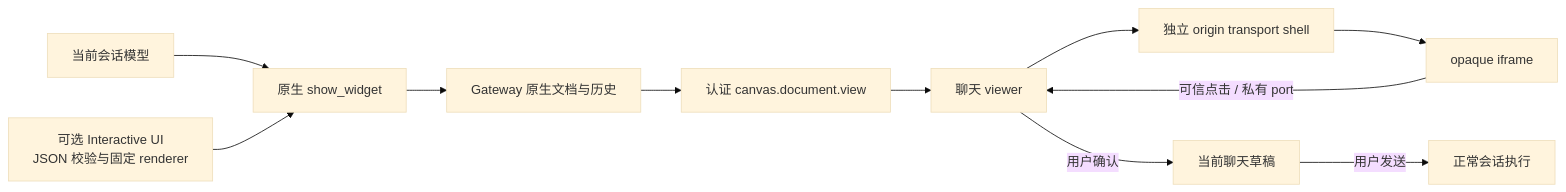
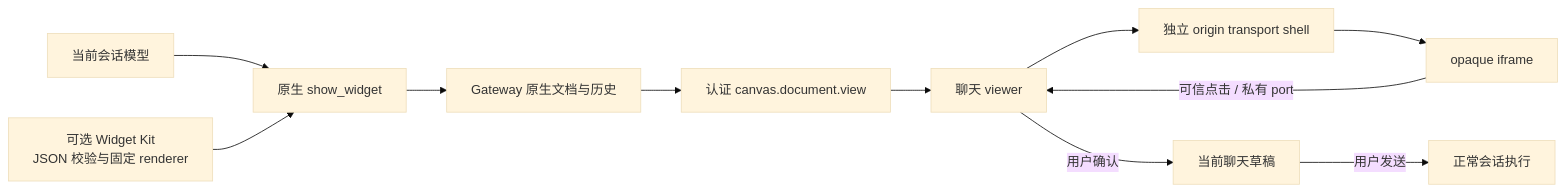
The diagram in docs/features/chat/interactive-answers.md (liangxhao/JustDo), drawn with Mermaid (base theme) before and after one commit. The commit also changed other lines of this file and 67 other files, not shown here.

First line of the commit message:
refactor(widget-kit): generalize visualization authoring and components

````diff
--- a/docs/features/chat/interactive-answers.md
+++ b/docs/features/chat/interactive-answers.md
@@ -106,13 +118,13 @@
 ```mermaid
 flowchart LR
   Model[当前会话模型] --> Tool[原生 show_widget]
-  Plugin[可选 Interactive UI<br/>JSON 校验与固定 renderer] --> Tool
+  Plugin[可选 Widget Kit<br/>JSON 校验与固定 renderer] --> Tool
   Tool --> Native[Gateway 原生文档与历史]
   Native --> View[认证 canvas.document.view]
   View --> Host[聊天 viewer]
   Host --> Outer[独立 origin transport shell]
   Outer --> Inner[opaque iframe]
   Inner -->|可信点击 / 私有 port| Host
   Host -->|用户确认| Draft[当前聊天草稿]
   Draft -->|用户发送| Run[正常会话执行]
 ```
````
